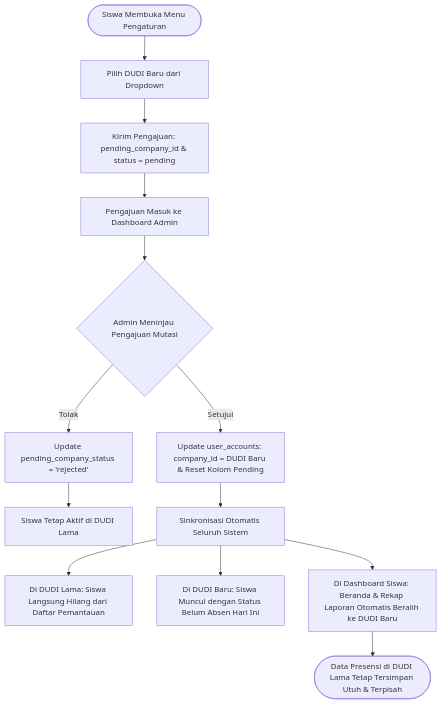
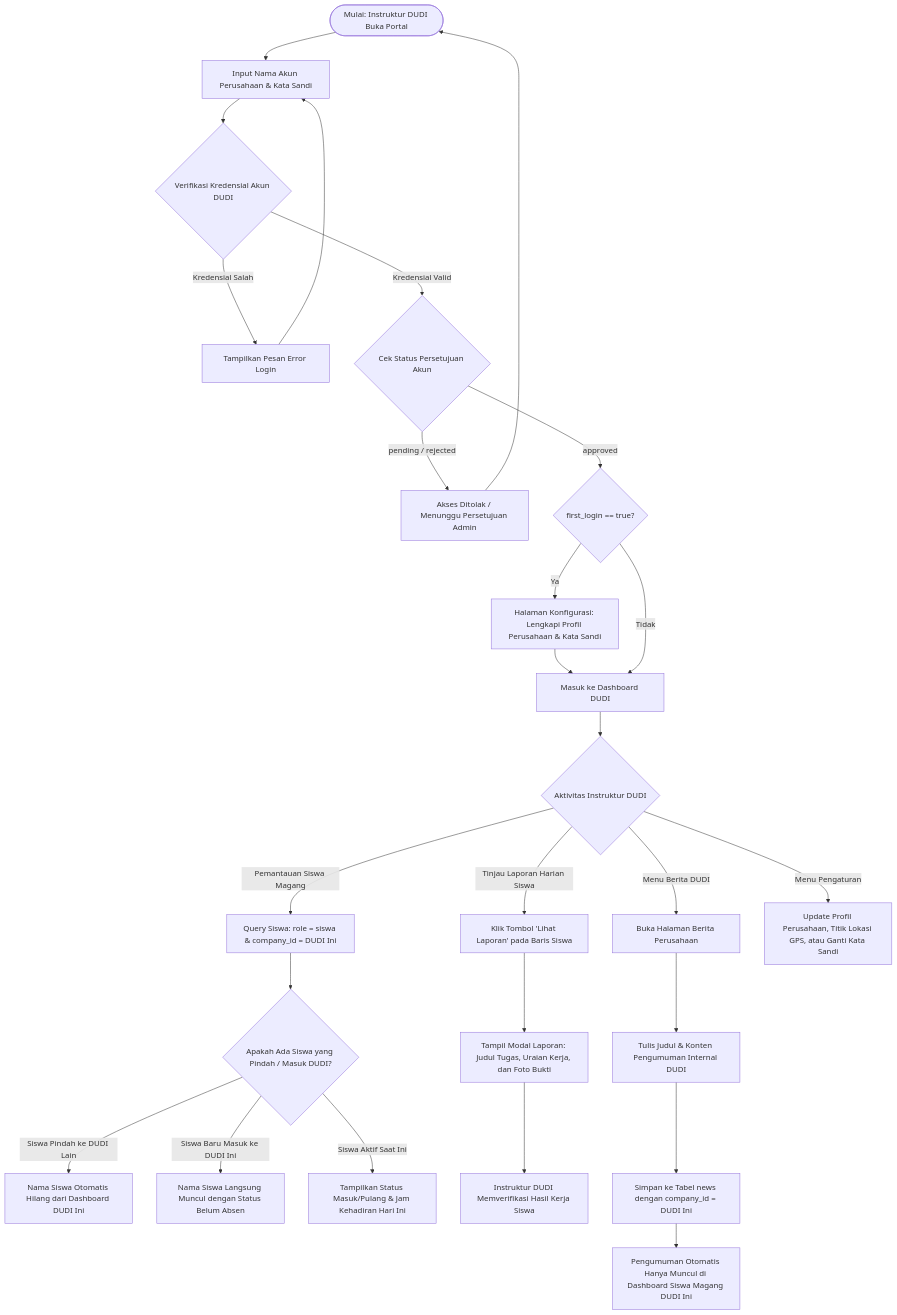
Before and after one commit to hilmi4zzam/ViskaToring-UKK-XII-RPL: the fourth of 4 diagrams in README.md, drawn with Mermaid. The commit also changed other lines of this file, not shown here.

````diff
--- a/README.md
+++ b/README.md
@@ -265,19 +294,38 @@
 ```mermaid
 flowchart TD
-    SiswaPindah([Siswa Membuka Menu Pengaturan]) --> PilihDudiBaru[Pilih DUDI Baru dari Dropdown]
-    PilihDudiBaru --> KirimPengajuan[Kirim Pengajuan: pending_company_id & status = pending]
+    StartDudi([Mulai: Instruktur DUDI Buka Portal]) --> InputLoginDudi[Input Nama Akun Perusahaan & Kata Sandi]
+    InputLoginDudi --> CekAuthDudi{Verifikasi Kredensial Akun DUDI}
     
-    KirimPengajuan --> NotifAdmin[Pengajuan Masuk ke Dashboard Admin]
-    NotifAdmin --> KeputusanAdmin{Admin Meninjau Pengajuan Mutasi}
+    CekAuthDudi -->|Kredensial Salah| ErrLoginDudi[Tampilkan Pesan Error Login] --> InputLoginDudi
+    CekAuthDudi -->|Kredensial Valid| CekStatusDudi{Cek Status Persetujuan Akun}
     
-    KeputusanAdmin -->|Tolak| AdminTolak[Update pending_company_status = 'rejected']
-    AdminTolak --> TetapLama[Siswa Tetap Aktif di DUDI Lama]
+    CekStatusDudi -->|pending / rejected| TolakAksesDudi[Akses Ditolak / Menunggu Persetujuan Admin] --> StartDudi
+    CekStatusDudi -->|approved| CekFirstLoginDudi{first_login == true?}
     
-    KeputusanAdmin -->|Setujui| AdminSetuju[Update user_accounts: company_id = DUDI Baru & Reset Kolom Pending]
-    AdminSetuju --> EfekSistem[Sinkronisasi Otomatis Seluruh Sistem]
+    CekFirstLoginDudi -->|Ya| KonfigDudi[Halaman Konfigurasi: Lengkapi Profil Perusahaan & Kata Sandi]
+    KonfigDudi --> DashboardDudi[Masuk ke Dashboard DUDI]
+    CekFirstLoginDudi -->|Tidak| DashboardDudi
     
-    EfekSistem --> EfekDudiLama[Di DUDI Lama: Siswa Langsung Hilang dari Daftar Pemantauan]
-    EfekSistem --> EfekDudiBaru[Di DUDI Baru: Siswa Muncul dengan Status Belum Absen Hari Ini]
-    EfekSistem --> EfekSiswa[Di Dashboard Siswa: Beranda & Rekap Laporan Otomatis Beralih ke DUDI Baru]
-    EfekSiswa --> SelesaiMutasi([Data Presensi di DUDI Lama Tetap Tersimpan Utuh & Terpisah])
+    DashboardDudi --> FiturDudi{Aktivitas Instruktur DUDI}
+    
+    %% Pemantauan Siswa Magang Khusus DUDI Ini
+    FiturDudi -->|Pemantauan Siswa Magang| QuerySiswaDudi[Query Siswa: role = siswa & company_id = DUDI Ini]
+    QuerySiswaDudi --> CekMutasiSiswa{Apakah Ada Siswa yang Pindah / Masuk DUDI?}
+    CekMutasiSiswa -->|Siswa Pindah ke DUDI Lain| SiswaHilang[Nama Siswa Otomatis Hilang dari Dashboard DUDI Ini]
+    CekMutasiSiswa -->|Siswa Baru Masuk ke DUDI Ini| SiswaMasuk[Nama Siswa Langsung Muncul dengan Status Belum Absen]
+    CekMutasiSiswa -->|Siswa Aktif Saat Ini| TampilPresensiDudi[Tampilkan Status Masuk/Pulang & Jam Kehadiran Hari Ini]
+    
+    %% Periksa Laporan Pekerjaan
+    FiturDudi -->|Tinjau Laporan Harian Siswa| KlikLaporanDudi[Klik Tombol 'Lihat Laporan' pada Baris Siswa]
+    KlikLaporanDudi --> ModalLaporanDudi[Tampil Modal Laporan: Judul Tugas, Uraian Kerja, dan Foto Bukti]
+    ModalLaporanDudi --> ValidasiPekerjaan[Instruktur DUDI Memverifikasi Hasil Kerja Siswa]
+    
+    %% Kelola Berita Khusus DUDI
+    FiturDudi -->|Menu Berita DUDI| BukaMenuBeritaDudi[Buka Halaman Berita Perusahaan]
+    BukaMenuBeritaDudi --> BuatPengumuman[Tulis Judul & Konten Pengumuman Internal DUDI]
+    BuatPengumuman --> SimpanBerita[Simpan ke Tabel news dengan company_id = DUDI Ini]
+    SimpanBerita --> BroadcastSiswa[Pengumuman Otomatis Hanya Muncul di Dashboard Siswa Magang DUDI Ini]
+    
+    %% Pengaturan Profil Perusahaan
+    FiturDudi -->|Menu Pengaturan| MenuPengaturanDudi[Update Profil Perusahaan, Titik Lokasi GPS, atau Ganti Kata Sandi]
 ```
````
